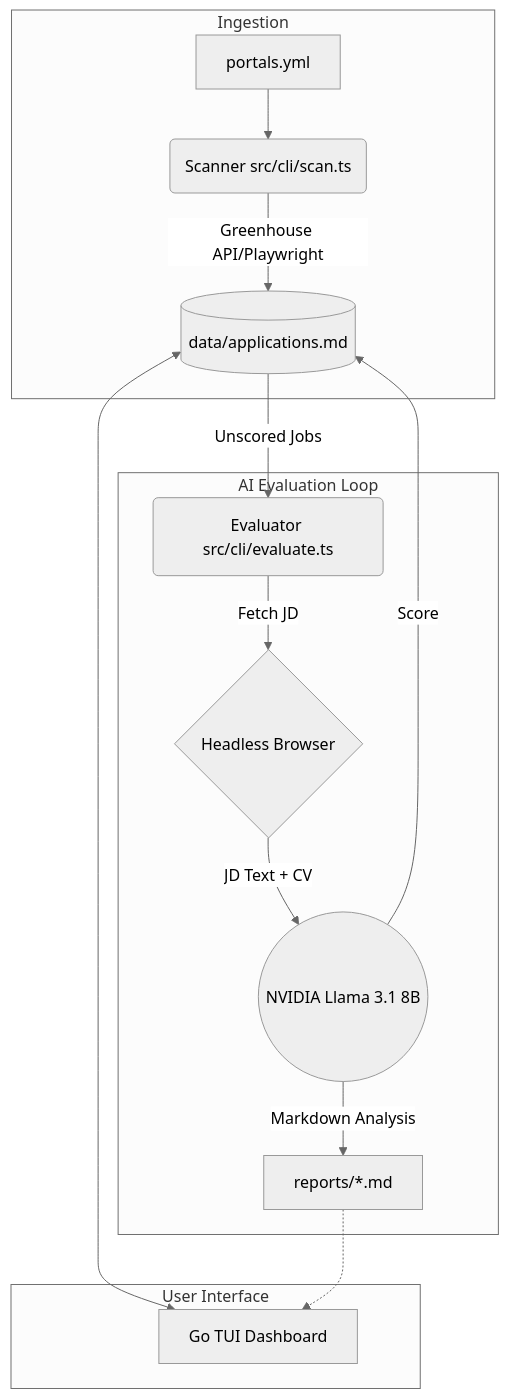
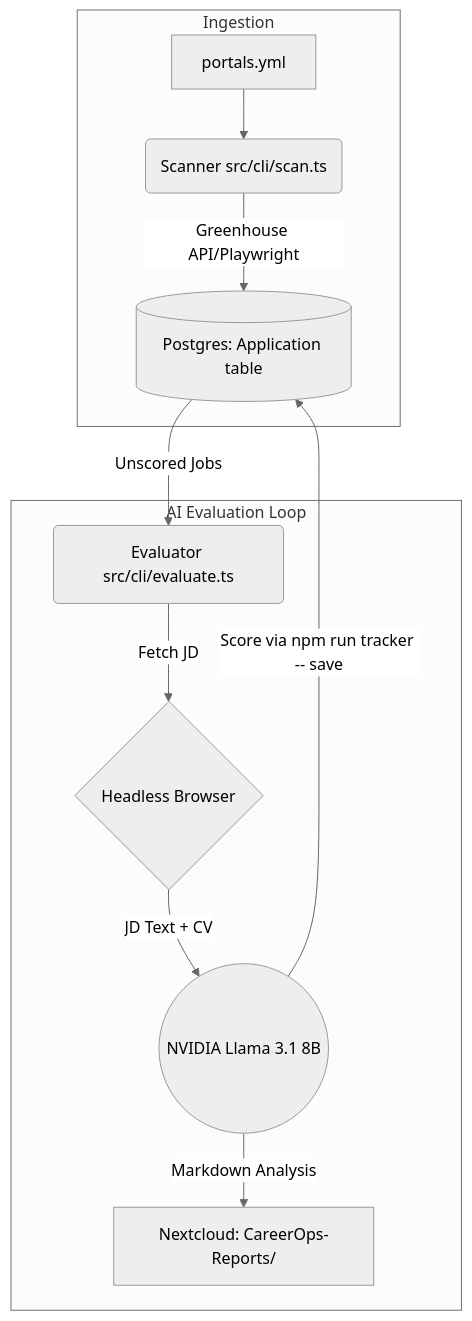
One commit to PreethamNimmagadda02/CareerOps changed the diagram in docs/architecture2.md. Above: the diagram before and after it, drawn with Mermaid (neutral theme). The commit also changed other lines of this file and 52 other files, not shown here.

Commit message:
refactor: replace local report management with Nextcloud WebDAV integration and central CLI tracker tool

````diff
--- a/docs/architecture2.md
+++ b/docs/architecture2.md
@@ -28,20 +28,15 @@
 ```mermaid
 graph TD
     subgraph Ingestion
         A[portals.yml] --> B(Scanner src/cli/scan.ts)
-        B -->|Greenhouse API/Playwright| C[(data/applications.md)]
+        B -->|Greenhouse API/Playwright| C[(Postgres: Application table)]
     end
     
     subgraph AI Evaluation Loop
         C -->|Unscored Jobs| D(Evaluator src/cli/evaluate.ts)
         D -->|Fetch JD| E{Headless Browser}
         E -->|JD Text + CV| F((NVIDIA Llama 3.1 8B))
-        F -->|Markdown Analysis| G[reports/*.md]
-        F -->|Score| C
-    end
-    
-    subgraph User Interface
-        C <--> H[Go TUI Dashboard]
-        G -.-> H
+        F -->|Markdown Analysis| G[Nextcloud: CareerOps-Reports/]
+        F -->|Score via npm run tracker -- save| C
     end
 ```
````
